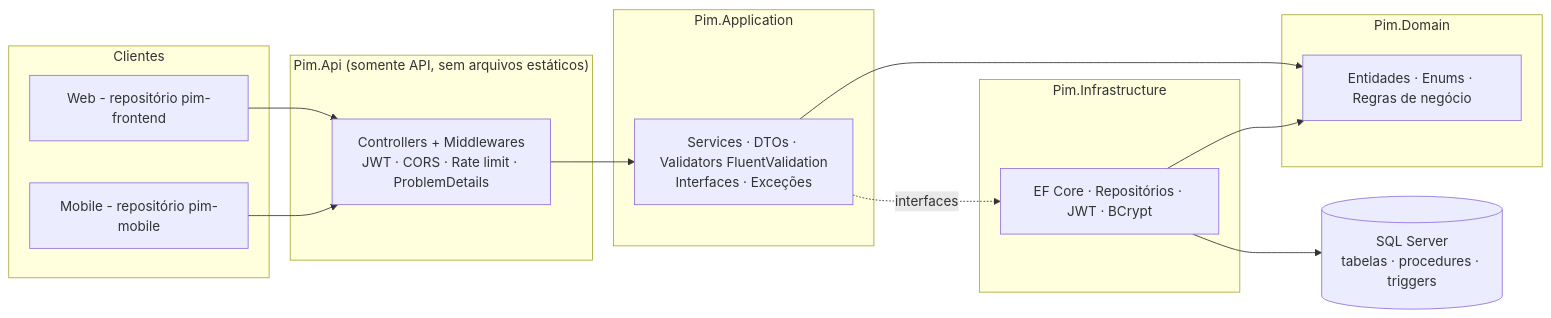
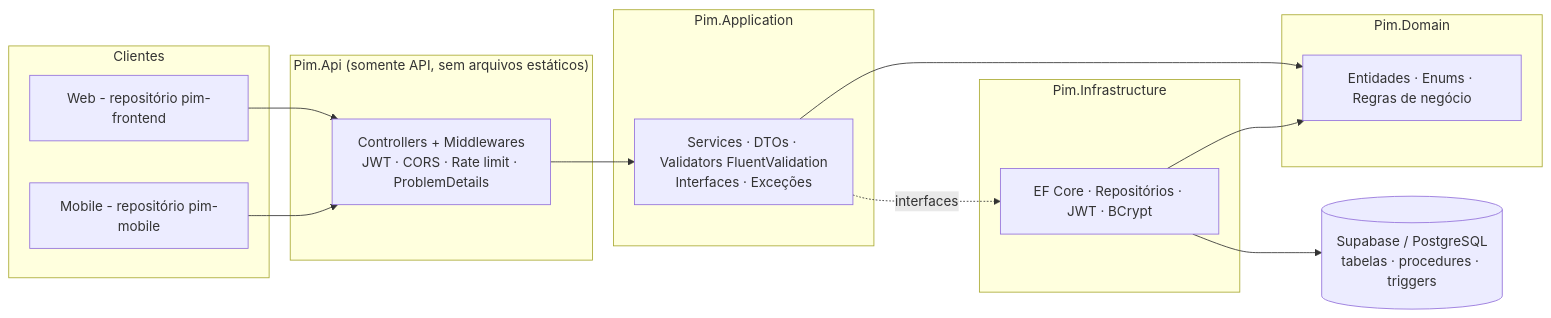
One commit to kZgiorgetti/PIMBackend changed the first of 2 diagrams in docs/ARQUITETURA.md. Above: the diagram before and after it, drawn with Mermaid. The commit also changed other lines of this file and 26 other files, not shown here.

Commit message:
feat(db): migra de SQL Server para PostgreSQL/Supabase (scripts, EF Npgsql, RLS, compose, CI, docs)

````diff
--- a/docs/ARQUITETURA.md
+++ b/docs/ARQUITETURA.md
@@ -5,27 +5,27 @@
 ```mermaid
 flowchart LR
   subgraph Clientes
     W[Web - repositório pim-frontend]
     M[Mobile - repositório pim-mobile]
   end
   subgraph "Pim.Api (somente API, sem arquivos estáticos)"
     C[Controllers + Middlewares<br/>JWT · CORS · Rate limit · ProblemDetails]
   end
   subgraph "Pim.Application"
     S[Services · DTOs · Validators FluentValidation<br/>Interfaces · Exceções]
   end
   subgraph "Pim.Domain"
     D[Entidades · Enums · Regras de negócio]
   end
   subgraph "Pim.Infrastructure"
     I[EF Core · Repositórios · JWT · BCrypt]
   end
-  DB[(SQL Server<br/>tabelas · procedures · triggers)]
+  DB[(Supabase / PostgreSQL<br/>tabelas · procedures · triggers)]
   W --> C
   M --> C
   C --> S
   S --> D
   S -. interfaces .-> I
   I --> D
   I --> DB
 ```
````
